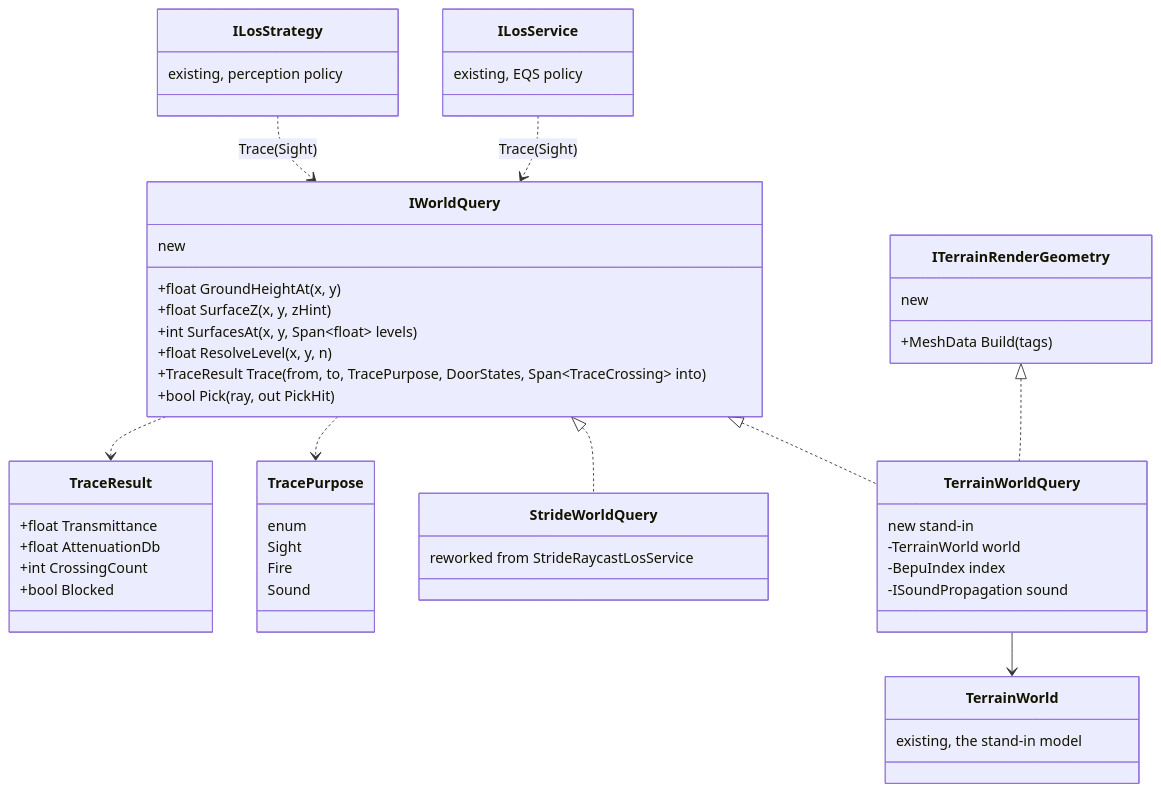
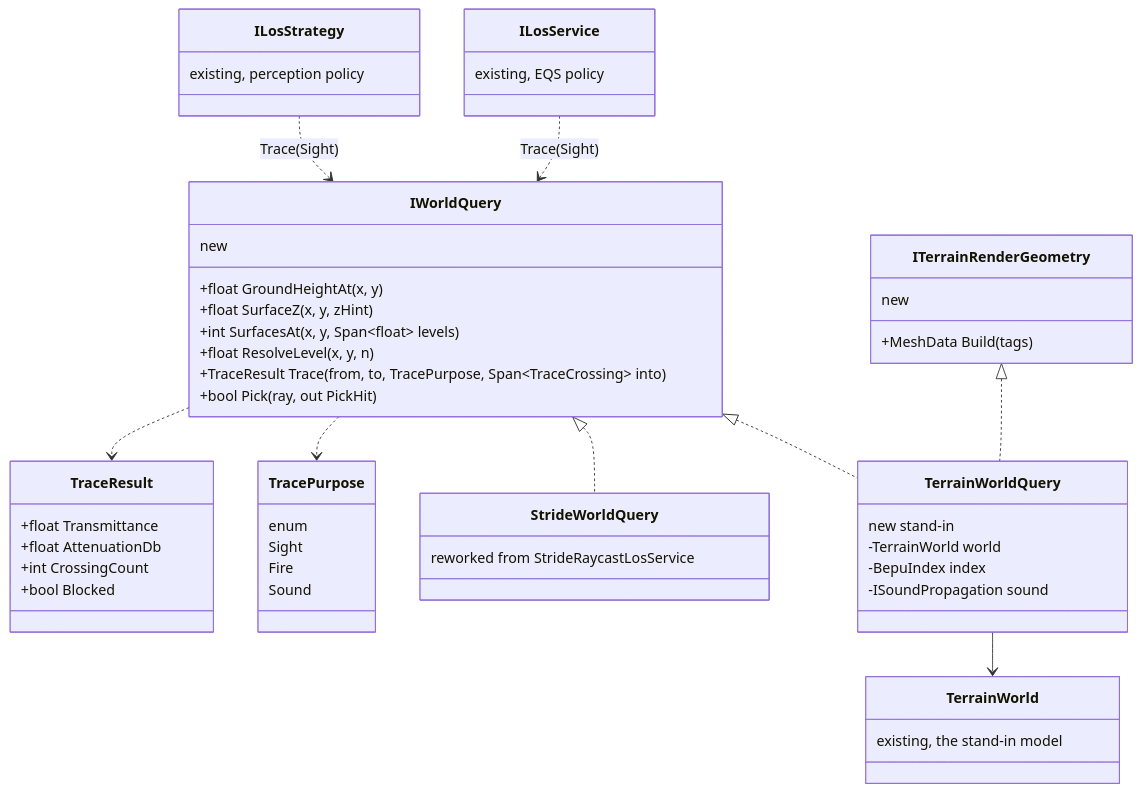
One commit to pjanec/HROT changed the second of 2 diagrams in docs/DESIGN_World_Query_Seam.md. Above: the diagram before and after it, drawn with Mermaid. The commit also changed other lines of this file and 2 other files, not shown here.

````diff
--- a/docs/DESIGN_World_Query_Seam.md
+++ b/docs/DESIGN_World_Query_Seam.md
@@ -91,54 +113,54 @@
 ```mermaid
 classDiagram
   class IWorldQuery {
     new
     +float GroundHeightAt(x, y)
     +float SurfaceZ(x, y, zHint)
     +int SurfacesAt(x, y, Span~float~ levels)
     +float ResolveLevel(x, y, n)
-    +TraceResult Trace(from, to, TracePurpose, DoorStates, Span~TraceCrossing~ into)
+    +TraceResult Trace(from, to, TracePurpose, Span~TraceCrossing~ into)
     +bool Pick(ray, out PickHit)
   }
   class TracePurpose {
     enum
     Sight
     Fire
     Sound
   }
   class TraceResult {
     +float Transmittance
     +float AttenuationDb
     +int CrossingCount
     +bool Blocked
   }
   class ITerrainRenderGeometry {
     new
     +MeshData Build(tags)
   }
   class TerrainWorldQuery {
     new stand-in
     -TerrainWorld world
     -BepuIndex index
     -ISoundPropagation sound
   }
   class TerrainWorld {
     existing, the stand-in model
   }
   class ILosService {
     existing, EQS policy
   }
   class ILosStrategy {
     existing, perception policy
   }
   class StrideWorldQuery {
     reworked from StrideRaycastLosService
   }
   IWorldQuery <|.. TerrainWorldQuery
   IWorldQuery <|.. StrideWorldQuery
   ITerrainRenderGeometry <|.. TerrainWorldQuery
   TerrainWorldQuery --> TerrainWorld
   ILosService ..> IWorldQuery : Trace(Sight)
   ILosStrategy ..> IWorldQuery : Trace(Sight)
   IWorldQuery ..> TracePurpose
   IWorldQuery ..> TraceResult
 ```
````
